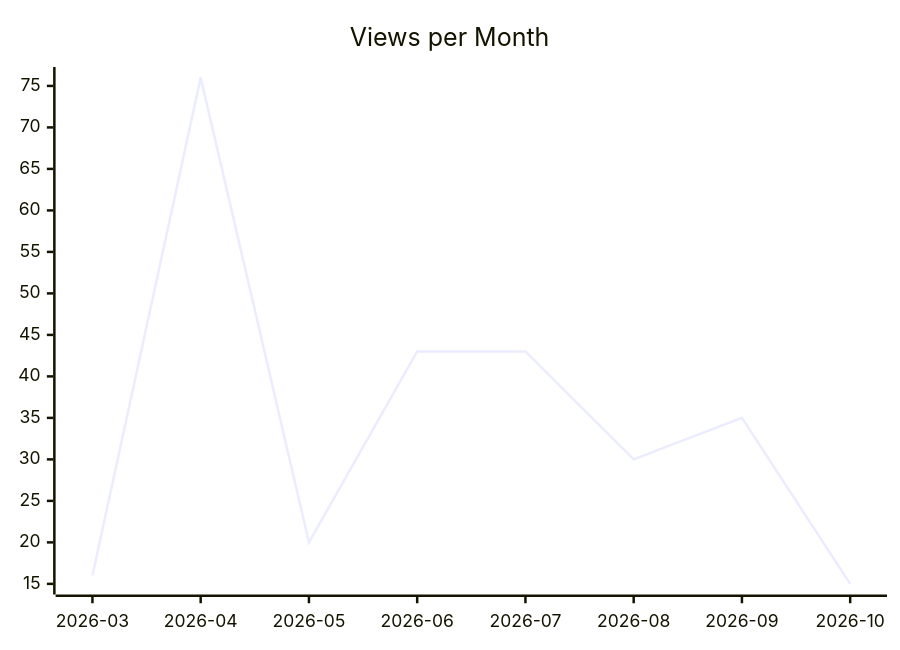
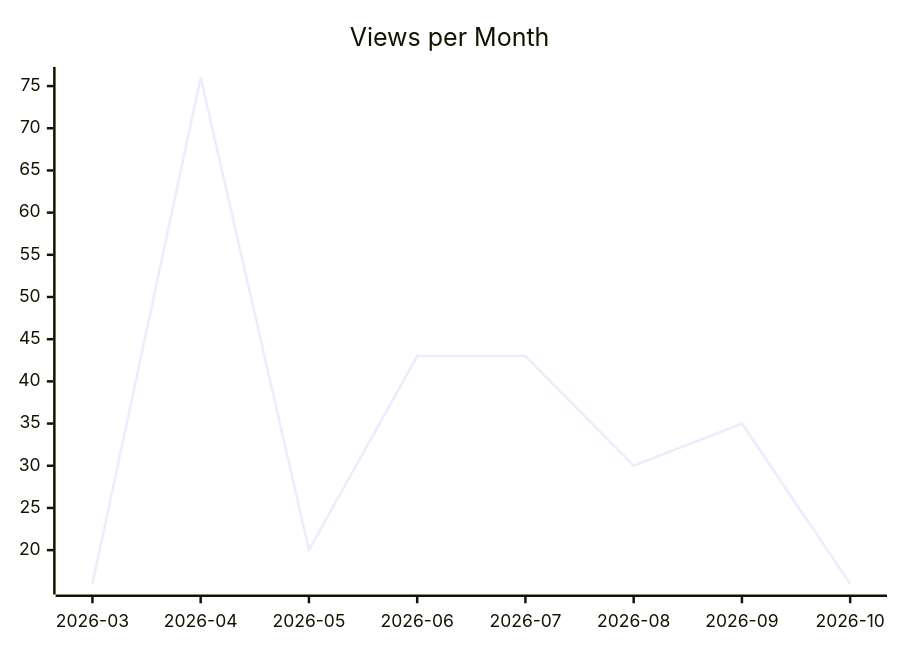
Before and after one commit to justdavis-family/github-analytics-data: the second of 3 diagrams in karlmdavis/ksoap2-android/README.md, drawn with Mermaid. The commit also changed other lines of this file and 200 other files, not shown here.

````diff
--- a/karlmdavis/ksoap2-android/README.md
+++ b/karlmdavis/ksoap2-android/README.md
@@ -12,6 +12,6 @@
 ```mermaid
 xychart-beta
   title "Views per Month"
   x-axis ["2026-03", "2026-04", "2026-05", "2026-06", "2026-07", "2026-08", "2026-09", "2026-10"]
-  line [16, 76, 20, 43, 43, 30, 35, 15]
+  line [16, 76, 20, 43, 43, 30, 35, 16]
 ```
````
